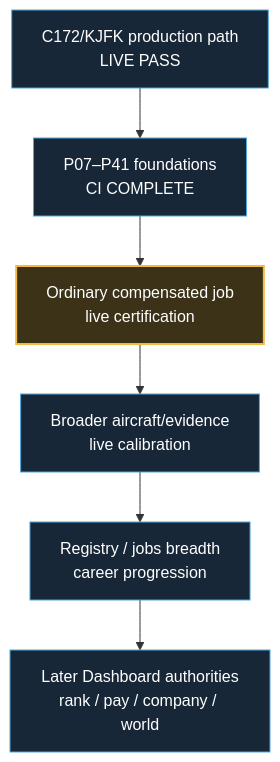
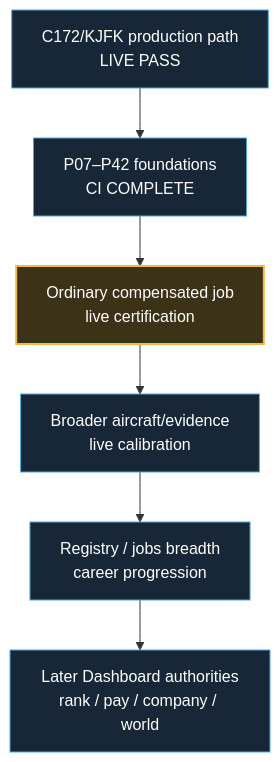
Before and after one commit to dhavalpddn-eng/OpenCareer: the second of 2 diagrams in docs/development-master-checklist.md, drawn with Mermaid. The commit also changed other lines of this file and 2 other files, not shown here.

````diff
--- a/docs/development-master-checklist.md
+++ b/docs/development-master-checklist.md
@@ -54,13 +54,13 @@
 ```mermaid
 flowchart TD
-    A["C172/KJFK production path<br/>LIVE PASS"] --> B["P07–P41 foundations<br/>CI COMPLETE"]
+    A["C172/KJFK production path<br/>LIVE PASS"] --> B["P07–P42 foundations<br/>CI COMPLETE"]
     B --> C["Ordinary compensated job<br/>live certification"]
     C --> D["Broader aircraft/evidence<br/>live calibration"]
     D --> E["Registry / jobs breadth<br/>career progression"]
     E --> F["Later Dashboard authorities<br/>rank / pay / company / world"]
 
     classDef next fill:#3b3218,stroke:#F4B942,color:#fff,stroke-width:2px;
     classDef future fill:#172737,stroke:#4EA8DE,color:#fff,stroke-width:1px;
     class C next;
     class A,B,D,E,F future;
 ```
````
